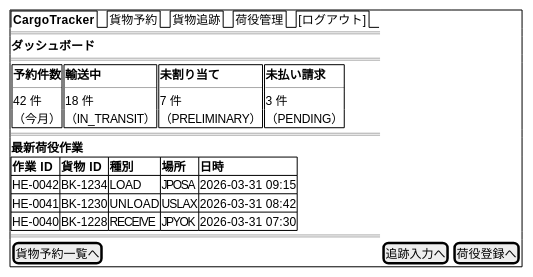
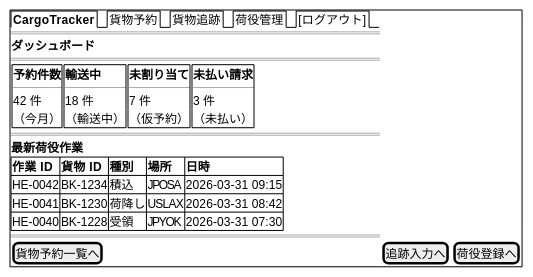
The fourth of 23 diagrams in docs/design/ui_design.md (k2works/case-study-cargo-tracker), drawn with PlantUML before and after one commit. The commit also changed other lines of this file, not shown here.

````diff
--- a/docs/design/ui_design.md
+++ b/docs/design/ui_design.md
@@ -340,46 +394,46 @@
 ```plantuml
 @startsalt
 {+
   {/ <b>CargoTracker</b> | 貨物予約 | 貨物追跡 | 荷役管理 | [ログアウト] }
   ==
   <b>ダッシュボード</b>
   ==
   {
     {+
       <b>予約件数</b>
       ----
       42 件
       （今月）
     } |
     {+
       <b>輸送中</b>
       ----
       18 件
-      （IN_TRANSIT）
+      （輸送中）
     } |
     {+
       <b>未割り当て</b>
       ----
       7 件
-      （PRELIMINARY）
+      （仮予約）
     } |
     {+
       <b>未払い請求</b>
       ----
       3 件
-      （PENDING）
+      （未払い）
     }
   }
   ==
   <b>最新荷役作業</b>
   {#
     **作業 ID** | **貨物 ID** | **種別** | **場所** | **日時**
-    HE-0042     | BK-1234     | LOAD     | JPOSA    | 2026-03-31 09:15
-    HE-0041     | BK-1230     | UNLOAD   | USLAX    | 2026-03-31 08:42
-    HE-0040     | BK-1228     | RECEIVE  | JPYOK    | 2026-03-31 07:30
+    HE-0042     | BK-1234     | 積込     | JPOSA    | 2026-03-31 09:15
+    HE-0041     | BK-1230     | 荷降し   | USLAX    | 2026-03-31 08:42
+    HE-0040     | BK-1228     | 受領     | JPYOK    | 2026-03-31 07:30
   }
   ==
   [貨物予約一覧へ] | [追跡入力へ] | [荷役登録へ]
 }
 @endsalt
 ```
````
